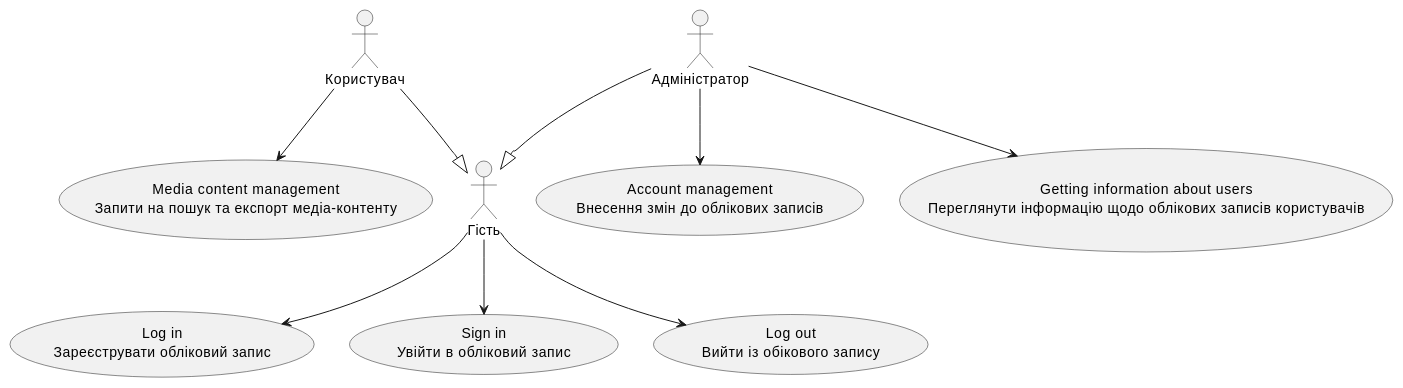
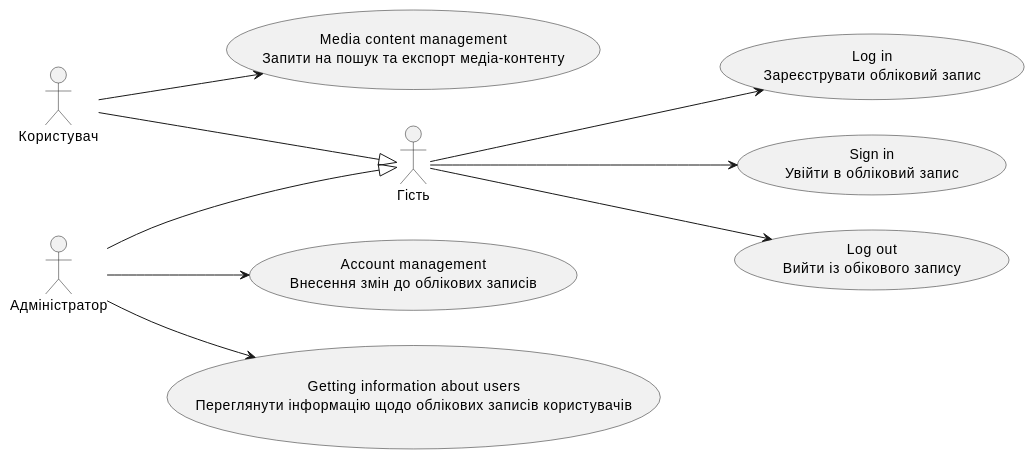
Before and after one commit to edu-db/edu_db_labs: the diagram in docs/use cases/README.md, drawn with PlantUML. The commit also changed other lines of this file, not shown here.

```diff
--- a/docs/use cases/README.md
+++ b/docs/use cases/README.md
@@ -12,25 +12,27 @@
 @startuml
 
+    left to right direction
+    
     actor "Гість" as Guest
     actor "Користувач" as User
     actor "Адміністратор" as Expert
     
     usecase "Log in\nЗареєструвати обліковий запис" as UC_1
     usecase "Sign in\nУвійти в обліковий запис" as UC_2
     usecase "Log out\nВийти із обікового запису" as UC_3
     usecase "Media content management\nЗапити на пошук та експорт медіа-контенту" as UC_4
     usecase "Account management\nВнесення змін до облікових записів" as UC_5
     usecase "Getting information about users\nПереглянути інформацію щодо облікових записів користувачів" as UC_6
     
     Guest --> UC_1
     Guest --> UC_2
     Guest --> UC_3
     
     User --|> Guest
     User --> UC_4
 
     Expert --|> Guest
     Expert --> UC_5
     Expert --> UC_6
 
 @enduml
```
